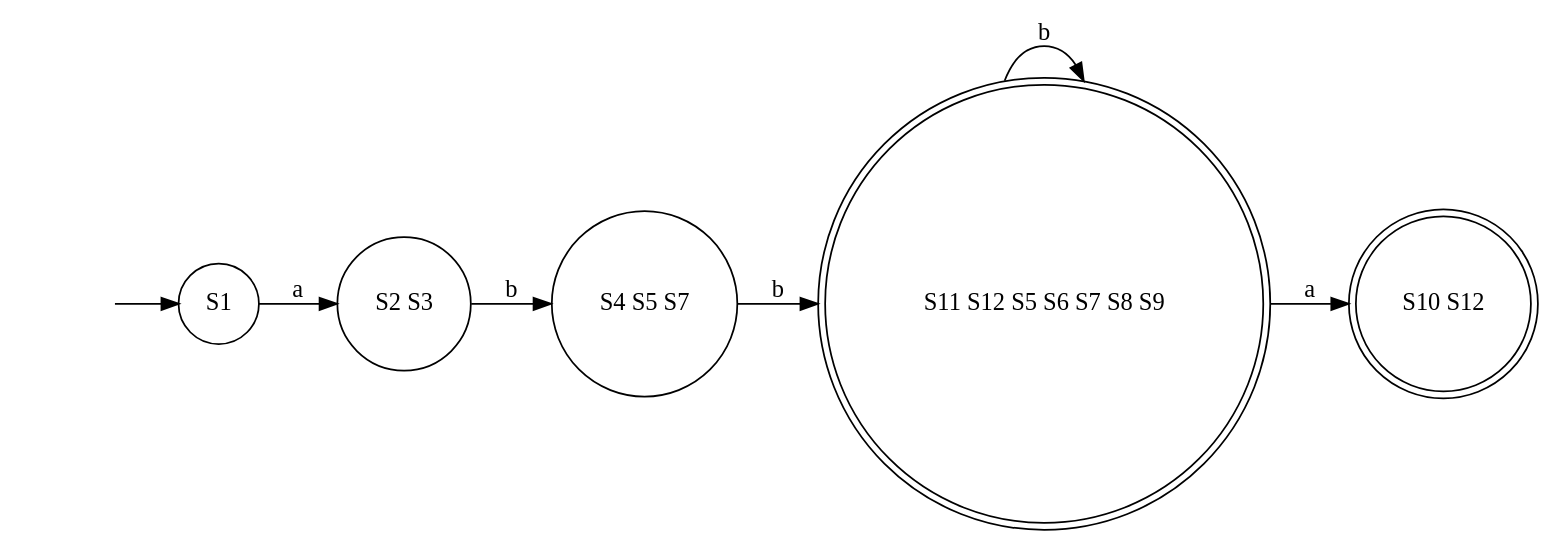
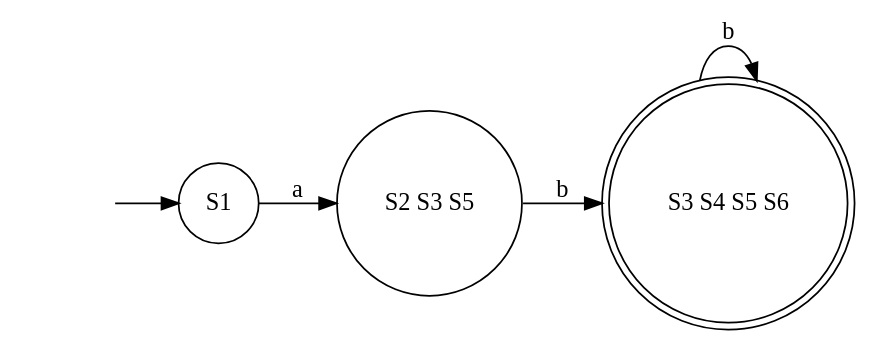
One commit to ZiadSheriif/AutoMajestic changed the diagram in output/dfa/dfa.gv. Above: the diagram before and after it, drawn with Graphviz. The commit also changed 34 other files, not shown here.

```diff
--- a/output/dfa/dfa.gv
+++ b/output/dfa/dfa.gv
@@ -1,15 +1,11 @@
 digraph DFA {
 	"" [shape=none]
 	"" -> S1
 	S1 [shape=circle]
-	S1 -> "S2 S3" [label=a]
-	"S2 S3" [shape=circle]
-	"S2 S3" -> "S4 S5 S7" [label=b]
-	"S4 S5 S7" [shape=circle]
-	"S4 S5 S7" -> "S11 S12 S5 S6 S7 S8 S9" [label=b]
-	"S11 S12 S5 S6 S7 S8 S9" [shape=doublecircle]
-	"S11 S12 S5 S6 S7 S8 S9" -> "S10 S12" [label=a]
-	"S11 S12 S5 S6 S7 S8 S9" -> "S11 S12 S5 S6 S7 S8 S9" [label=b]
-	"S10 S12" [shape=doublecircle]
+	S1 -> "S2 S3 S5" [label=a]
+	"S2 S3 S5" [shape=circle]
+	"S2 S3 S5" -> "S3 S4 S5 S6" [label=b]
+	"S3 S4 S5 S6" [shape=doublecircle]
+	"S3 S4 S5 S6" -> "S3 S4 S5 S6" [label=b]
 	rankdir=LR
 }
```
